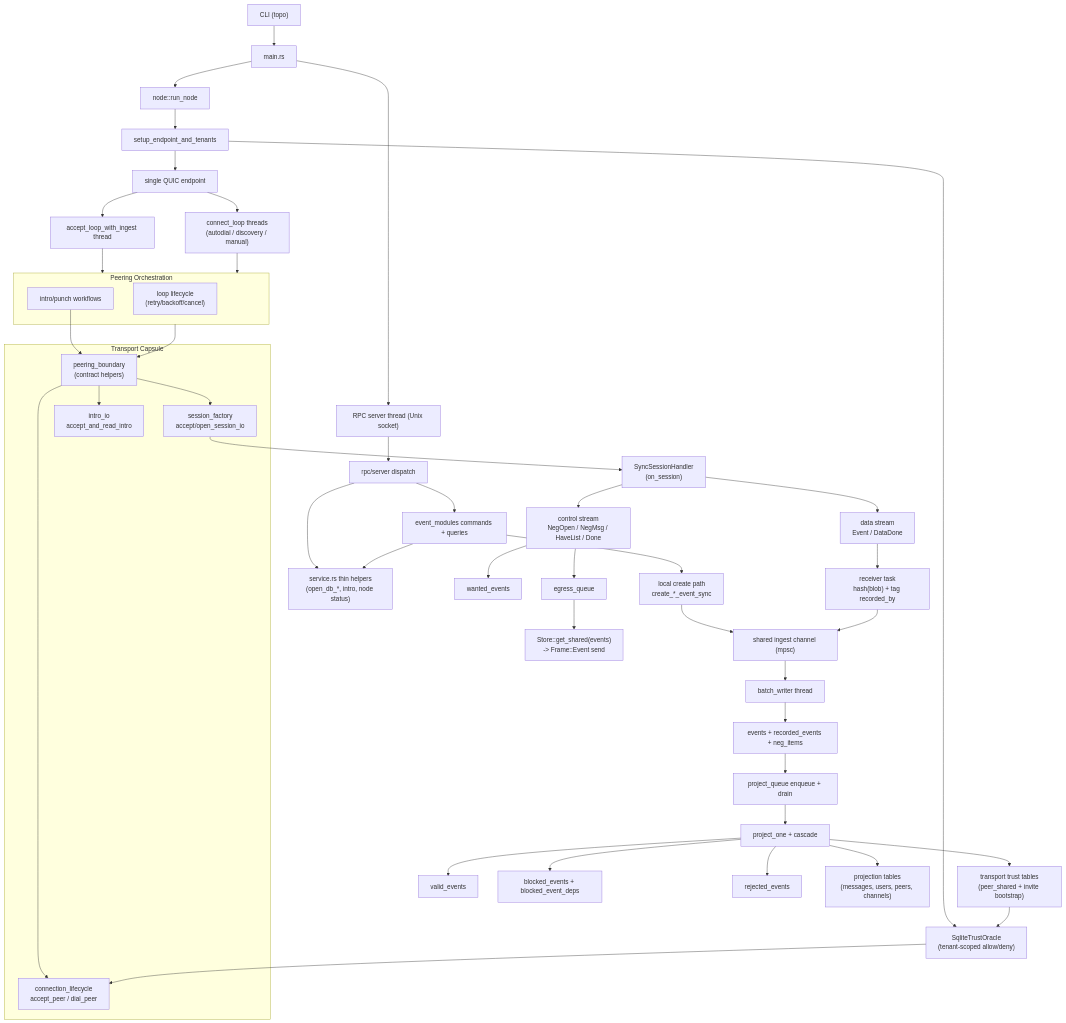
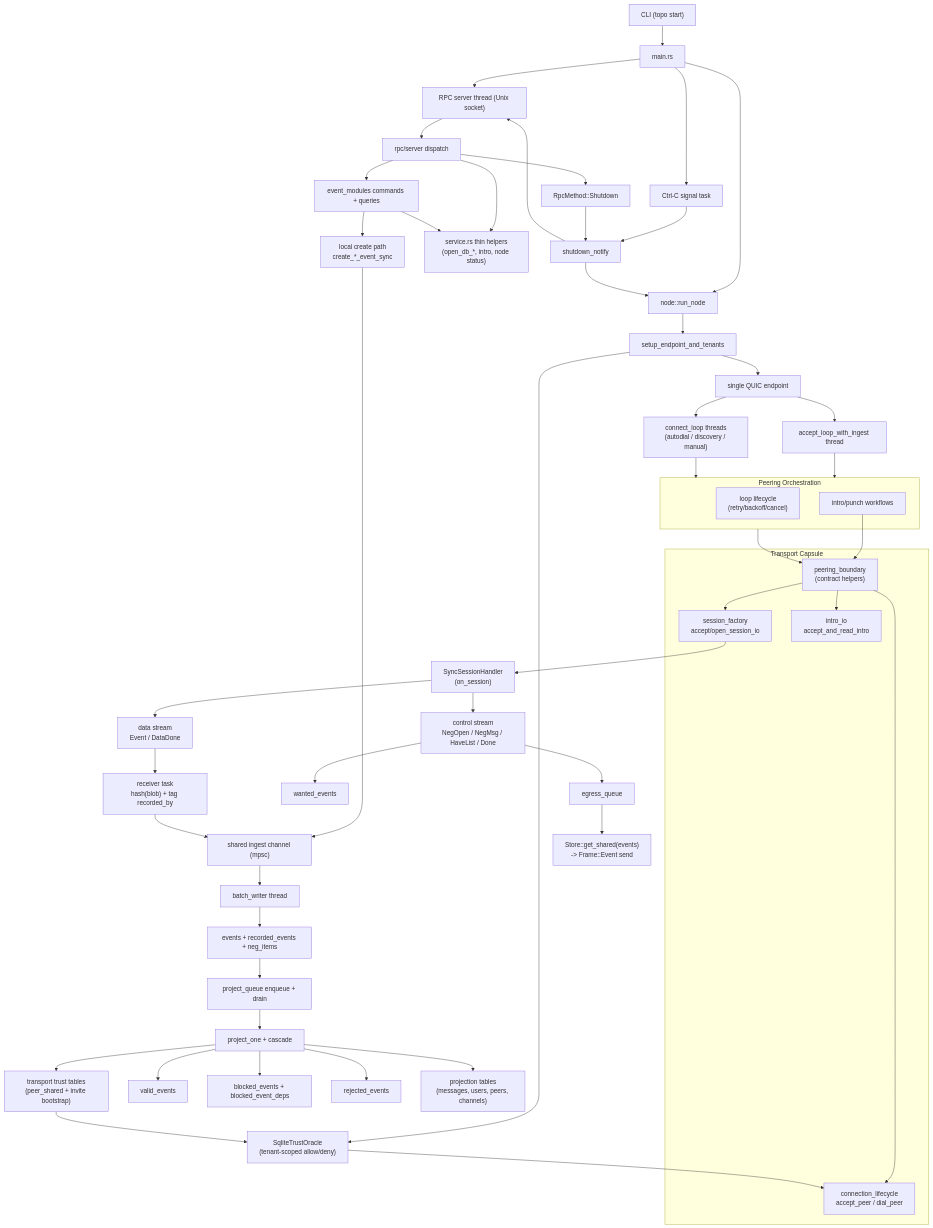
One commit to holmesworcester/topo changed the second of 8 diagrams in docs/CURRENT_RUNTIME_DIAGRAM.md. Above: the diagram before and after it, drawn with Mermaid. The commit also changed other lines of this file, not shown here.

Commit message:
Refresh runtime diagram for daemon shutdown control flow

````diff
--- a/docs/CURRENT_RUNTIME_DIAGRAM.md
+++ b/docs/CURRENT_RUNTIME_DIAGRAM.md
@@ -39,67 +39,73 @@
 ```mermaid
 flowchart TD
-    CLI["CLI (topo)"] --> MAIN["main.rs"]
+    CLI["CLI (topo start)"] --> MAIN["main.rs"]
     MAIN --> RPC["RPC server thread (Unix socket)"]
     MAIN --> NODE["node::run_node"]
+    MAIN --> SIG["Ctrl-C signal task"]
+    SIG --> SHUT_N["shutdown_notify"]
 
     RPC --> DISPATCH["rpc/server dispatch"]
+    DISPATCH --> SHUT_REQ["RpcMethod::Shutdown"]
+    SHUT_REQ --> SHUT_N
     DISPATCH --> EMQ["event_modules commands + queries"]
     DISPATCH --> SVC["service.rs thin helpers\n(open_db_*, intro, node status)"]
     EMQ --> SVC
 
     EMQ --> LOCAL["local create path\ncreate_*_event_sync"]
     LOCAL --> INGEST["shared ingest channel (mpsc)"]
 
     NODE --> START["setup_endpoint_and_tenants"]
     START --> EP["single QUIC endpoint"]
     START --> TRUST["SqliteTrustOracle\n(tenant-scoped allow/deny)"]
 
     INGEST --> WRITER["batch_writer thread"]
     WRITER --> STORE["events + recorded_events + neg_items"]
     STORE --> PROJ_Q["project_queue enqueue + drain"]
     PROJ_Q --> PROJ["project_one + cascade"]
 
     EP --> ACCEPT["accept_loop_with_ingest thread"]
     EP --> CONNECT["connect_loop threads\n(autodial / discovery / manual)"]
 
     ACCEPT --> ORCH
     CONNECT --> ORCH
 
     subgraph ORCH["Peering Orchestration"]
       CYCLE["loop lifecycle\n(retry/backoff/cancel)"]
       INTRO["intro/punch workflows"]
     end
 
     subgraph TRANS["Transport Capsule"]
       BOUND["peering_boundary\n(contract helpers)"]
       LIFE["connection_lifecycle\naccept_peer / dial_peer"]
       FACT["session_factory\naccept/open_session_io"]
       IIO["intro_io\naccept_and_read_intro"]
     end
 
     ORCH --> BOUND
     INTRO --> BOUND
     BOUND --> LIFE
     BOUND --> FACT
     BOUND --> IIO
 
     FACT --> SYNC["SyncSessionHandler\n(on_session)"]
-    SYNC --> CTRL["control stream\nNegOpen / NegMsg / HaveList / Done"]
+    SYNC --> CTRL_STREAM["control stream\nNegOpen / NegMsg / HaveList / Done"]
     SYNC --> DATA["data stream\nEvent / DataDone"]
 
-    CTRL --> WANT["wanted_events"]
-    CTRL --> EGRESS["egress_queue"]
+    CTRL_STREAM --> WANT["wanted_events"]
+    CTRL_STREAM --> EGRESS["egress_queue"]
     EGRESS --> SEND["Store::get_shared(events)\n-> Frame::Event send"]
 
     DATA --> RECV["receiver task\nhash(blob) + tag recorded_by"]
     RECV --> INGEST
 
     PROJ --> VALID["valid_events"]
     PROJ --> BLOCKED["blocked_events + blocked_event_deps"]
     PROJ --> REJECTED["rejected_events"]
     PROJ --> READS["projection tables\n(messages, users, peers, channels)"]
     PROJ --> TRUST_DB["transport trust tables\n(peer_shared + invite bootstrap)"]
 
     TRUST_DB --> TRUST
     TRUST --> LIFE
+    SHUT_N --> NODE
+    SHUT_N --> RPC
 ```
````
